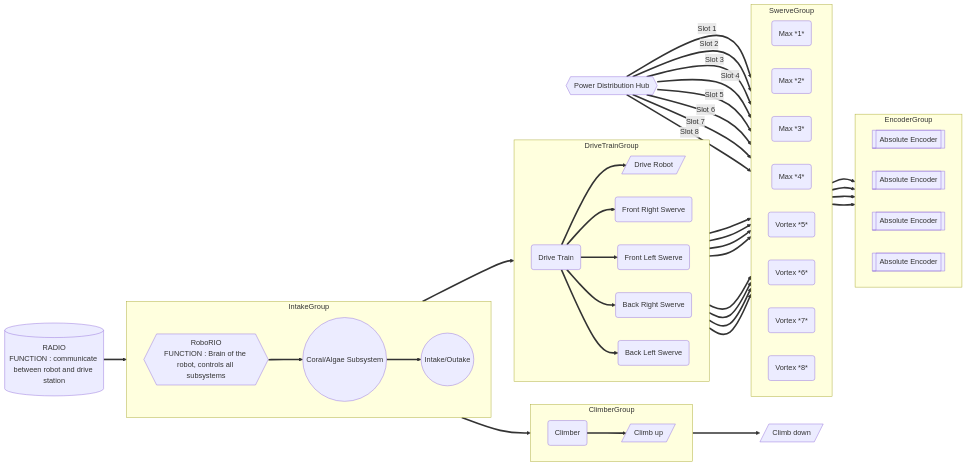
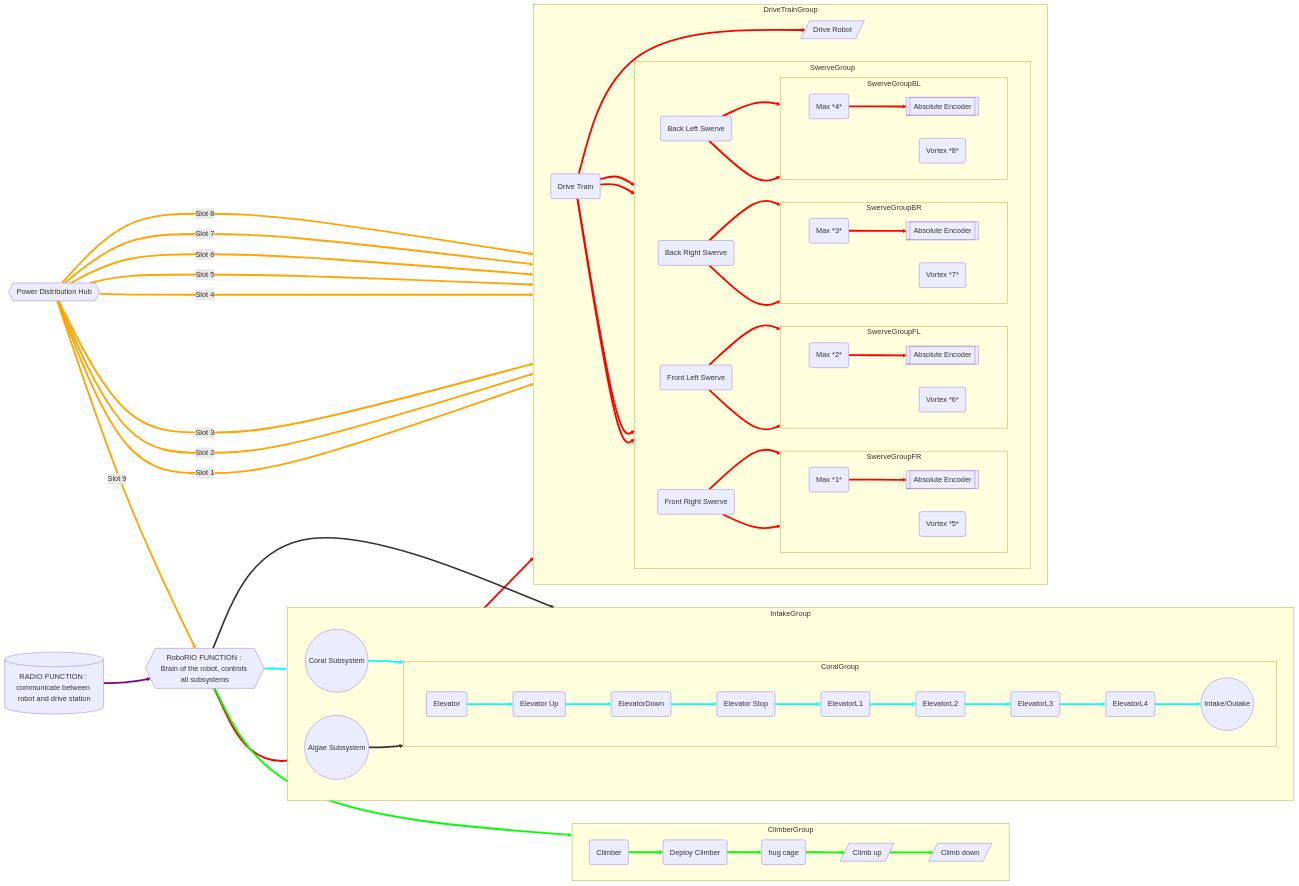
One commit to richardson-area-wide-robotics/FRC25-Reefscape changed the diagram in TonyGraphs.md. Above: the diagram before and after it, drawn with Mermaid.

Commit message:
Update TonyGraph (#7)
* Update TonyGraphs.md

* Update TonyGraphs.md

* Update TonyGraphs.md

* Color added to TonyGraphs.md

* Update TonyGraphs.md

* Update TonyGraphs.md

* Update TonyGraphs.md

* Put SwerveGroup inside DrivetrainGroup

---------

````diff
--- a/TonyGraphs.md
+++ b/TonyGraphs.md
@@ -1,22 +1,40 @@
 ```mermaid
-
 
 graph LR;
     PDH{{Power Distribution Hub}};
-
+    RoboRIO==>CoralSubsystem;
+    RoboRIO==>AlgeaSubsystem;
+    RoboRIO==>ClimberSystem
 
     subgraph IntakeGroup
         direction LR
-        RoboRIO==>CoralSubsystem((Coral/Algae Subsystem))==>IntakeOSystem((Intake/Outake));
-       
+        CoralSubsystem((Coral Subsystem))==>Elevator;
+        AlgeaSubsystem((Algae Subsystem))==>IntakeOSystem;
+        IntakeOSystem((Intake/Outake));
+        subgraph CoralGroup
+                direction LR
+                Elevator(Elevator) ==> ElevatorUp;
+                ElevatorUp(Elevator Up) ==> ElevatorDown;
+                ElevatorDown(ElevatorDown) ==> ElevatorStop;
+                ElevatorStop(Elevator Stop) ==> ElevatorL1;
+                ElevatorL1(ElevatorL1) ==> ElevatorL2;
+                ElevatorL2(ElevatorL2) ==> ElevatorL3;
+                ElevatorL3(ElevatorL3) ==> ElevatorL4;
+                ElevatorL4(ElevatorL4) ==> IntakeOSystem;
+        end
     end
 
     subgraph ClimberGroup
         direction LR
-        RoboRIO==>ClimberSystem(Climber);
-        ClimberSystem==>FUNCCLIMBER1;
+        ClimberSystem(Climber);
+        DeployClimber(Deploy Climber);
+        ClimberSystem==>DeployClimber;
+        DeployClimber ==> CageHug;
+        CageHug(hug cage);
+        CageHug ==> FUNCCLIMBER1;
+        FUNCCLIMBER1[/Climb up/]==>FUNCCLIMBER2
+        FUNCCLIMBER2[/Climb down/]
     end
-
 
     subgraph DriveTrainGroup
         direction LR
@@ -26,9 +44,8 @@
         DriveTrain==>FrontLeftSwerve(Front Left Swerve);
         DriveTrain==>BackRightSwerve(Back Right Swerve);
         DriveTrain==>BackLeftSwerve(Back Left Swerve);
-    end
 
-    subgraph SwerveGroup
+subgraph SwerveGroup
         direction LR
         FrontRightSwerve==>MaxFR(Max *1*);
         FrontLeftSwerve==>MaxFL(Max *2*);
@@ -38,35 +55,56 @@
         FrontLeftSwerve==>VortexFL(Vortex *6*);
         BackRightSwerve==>VortexBR(Vortex *7*);
         BackLeftSwerve==>VortexBL(Vortex *8*);
+
+        subgraph SwerveGroupFR
+        direction LR
+        MaxFR
+        VortexFR
+        MaxFR==>EncoderFR[[Absolute Encoder]];
+        end
+
+        subgraph SwerveGroupFL
+        direction LR
+        MaxFL
+        VortexFL
+        MaxFL==>EncoderFL[[Absolute Encoder]];
+        end
+
+        subgraph SwerveGroupBR
+        direction LR
+        MaxBR
+        VortexBR
+        MaxBR==>EncoderBR[[Absolute Encoder]];
+        end
+
+        subgraph SwerveGroupBL
+        direction LR
+        MaxBL
+        VortexBL
+        MaxBL==>EncoderBL[[Absolute Encoder]];
+        end
+    end
     end
 
-    subgraph EncoderGroup
-        direction LR
-        MaxFR==>EncoderFR[[Absolute Encoder]];
-        MaxFL==>EncoderFL[[Absolute Encoder]];
-        MaxBR==>EncoderBR[[Absolute Encoder]];
-        MaxBL==>EncoderBL[[Absolute Encoder]];
-    end
+    
 
-    RADIO[(RADIO
-FUNCTION : communicate between robot and drive station)]==>RoboRIO;
-    RoboRIO{{RoboRIO
-FUNCTION : Brain of the robot, controls all subsystems}}==>DriveTrain;
-
-
-    FUNCCLIMBER1[/Climb up/]==>FUNCCLIMBER2
-    FUNCCLIMBER2[/Climb down/]
-
-
-
-    PDH==>|Slot 1|VortexFL
+    RADIO[(RADIO FUNCTION : communicate between robot and drive station)]==>RoboRIO;
+    RoboRIO{{RoboRIO FUNCTION : Brain of the robot, controls all subsystems}}==>DriveTrain;
+    
+    PDH==>|Slot 1|MaxFR
     PDH==>|Slot 2|MaxFL
-    PDH==>|Slot 3|VortexFR
-    PDH==>|Slot 4|MaxFR
-    PDH==>|Slot 5|MaxBL
-    PDH==>|Slot 6|MaxBR
+    PDH==>|Slot 3|MaxBR
+    PDH==>|Slot 4|MaxBL
+    PDH==>|Slot 5|VortexFR
+    PDH==>|Slot 6|VortexFL
     PDH==>|Slot 7|VortexBR
     PDH==>|Slot 8|VortexBL
+    PDH==>|Slot 9|RoboRIO
 
+    linkStyle 36,37,38,39,40,41,42,43,44 stroke-width:4px,fill:none,stroke:orange;
+    linkStyle 17,18,19,20,21,22,23,24,25,26,27,28,29,30,31,32,33,35 stroke-width:4px,fill:none,stroke:red;
+    linkStyle 0,3,5,6,7,8,9,10,11,12 stroke-width:4px,fill:none,stroke:cyan;
+    linkStyle 2,13,14,15,16 stroke-width:4px,fill:none,stroke:lime;
+    linkStyle 34 stroke-width:4px,fill:none,stroke:purple;
 
 ```
````
